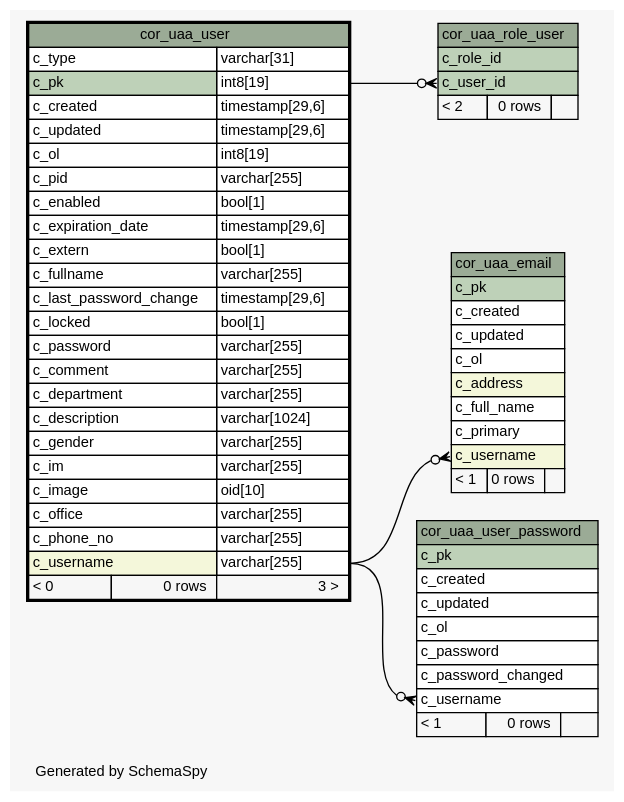
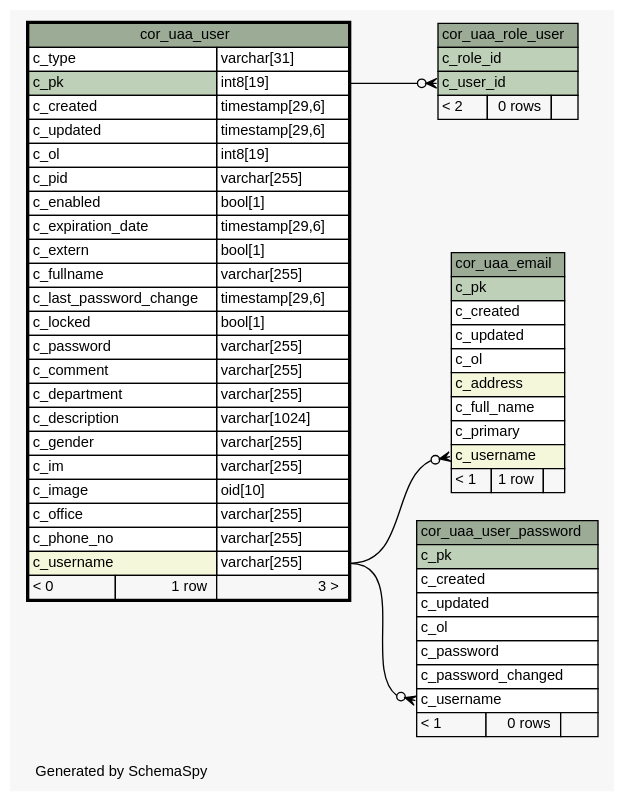
Before and after one commit to openwms/org.openwms.core.uaa: the diagram in 1.1.0-SNAPSHOT/schemaspy/diagrams/cor_uaa_user.1degree.dot, drawn with Graphviz. The commit also changed 240 other files, not shown here.

```diff
--- a/1.1.0-SNAPSHOT/schemaspy/diagrams/cor_uaa_user.1degree.dot
+++ b/1.1.0-SNAPSHOT/schemaspy/diagrams/cor_uaa_user.1degree.dot
@@ -1,100 +1,100 @@
-// dot 2.43.0 on Linux 5.4.0-1039-azure
+// dot 2.43.0 on Linux 5.4.0-1043-azure
 // SchemaSpy rev Unknown
 digraph "oneDegreeRelationshipsDiagram" {
   graph [
     rankdir="RL"
     bgcolor="#f7f7f7"
     label="\nGenerated by SchemaSpy"
     labeljust="l"
     nodesep="0.18"
     ranksep="0.46"
     fontname="Helvetica"
     fontsize="11"
   ];
   node [
     fontname="Helvetica"
     fontsize="11"
     shape="plaintext"
   ];
   edge [
     arrowsize="0.8"
   ];
   "cor_uaa_email":"c_username":w -> "cor_uaa_user":"c_username.type":e [arrowhead=none dir=back arrowtail=crowodot];
   "cor_uaa_role_user":"c_user_id":w -> "cor_uaa_user":"c_pk.type":e [arrowhead=none dir=back arrowtail=crowodot];
   "cor_uaa_user_password":"c_username":w -> "cor_uaa_user":"c_username.type":e [arrowhead=none dir=back arrowtail=crowodot];
   "cor_uaa_email" [
     label=<
     <TABLE BORDER="0" CELLBORDER="1" CELLSPACING="0" BGCOLOR="#ffffff">
       <TR><TD COLSPAN="3" BGCOLOR="#9bab96" ALIGN="CENTER">cor_uaa_email</TD></TR>
       <TR><TD PORT="c_pk" COLSPAN="3" BGCOLOR="#bed1b8" ALIGN="LEFT">c_pk</TD></TR>
       <TR><TD PORT="c_created" COLSPAN="3" ALIGN="LEFT">c_created</TD></TR>
       <TR><TD PORT="c_updated" COLSPAN="3" ALIGN="LEFT">c_updated</TD></TR>
       <TR><TD PORT="c_ol" COLSPAN="3" ALIGN="LEFT">c_ol</TD></TR>
       <TR><TD PORT="c_address" COLSPAN="3" BGCOLOR="#f4f7da" ALIGN="LEFT">c_address</TD></TR>
       <TR><TD PORT="c_full_name" COLSPAN="3" ALIGN="LEFT">c_full_name</TD></TR>
       <TR><TD PORT="c_primary" COLSPAN="3" ALIGN="LEFT">c_primary</TD></TR>
       <TR><TD PORT="c_username" COLSPAN="3" BGCOLOR="#f4f7da" ALIGN="LEFT">c_username</TD></TR>
-      <TR><TD ALIGN="LEFT" BGCOLOR="#f7f7f7">&lt; 1</TD><TD ALIGN="RIGHT" BGCOLOR="#f7f7f7">0 rows</TD><TD ALIGN="RIGHT" BGCOLOR="#f7f7f7">  </TD></TR>
+      <TR><TD ALIGN="LEFT" BGCOLOR="#f7f7f7">&lt; 1</TD><TD ALIGN="RIGHT" BGCOLOR="#f7f7f7">1 row</TD><TD ALIGN="RIGHT" BGCOLOR="#f7f7f7">  </TD></TR>
     </TABLE>>
     URL="cor_uaa_email.html"
     tooltip="cor_uaa_email"
   ];
   "cor_uaa_role_user" [
     label=<
     <TABLE BORDER="0" CELLBORDER="1" CELLSPACING="0" BGCOLOR="#ffffff">
       <TR><TD COLSPAN="3" BGCOLOR="#9bab96" ALIGN="CENTER">cor_uaa_role_user</TD></TR>
       <TR><TD PORT="c_role_id" COLSPAN="3" BGCOLOR="#bed1b8" ALIGN="LEFT">c_role_id</TD></TR>
       <TR><TD PORT="c_user_id" COLSPAN="3" BGCOLOR="#bed1b8" ALIGN="LEFT">c_user_id</TD></TR>
       <TR><TD ALIGN="LEFT" BGCOLOR="#f7f7f7">&lt; 2</TD><TD ALIGN="RIGHT" BGCOLOR="#f7f7f7">0 rows</TD><TD ALIGN="RIGHT" BGCOLOR="#f7f7f7">  </TD></TR>
     </TABLE>>
     URL="cor_uaa_role_user.html"
     tooltip="cor_uaa_role_user"
   ];
   "cor_uaa_user" [
     label=<
     <TABLE BORDER="2" CELLBORDER="1" CELLSPACING="0" BGCOLOR="#ffffff">
       <TR><TD COLSPAN="3" BGCOLOR="#9bab96" ALIGN="CENTER">cor_uaa_user</TD></TR>
       <TR><TD PORT="c_type" COLSPAN="2" ALIGN="LEFT">c_type</TD><TD PORT="c_type.type" ALIGN="LEFT">varchar[31]</TD></TR>
       <TR><TD PORT="c_pk" COLSPAN="2" BGCOLOR="#bed1b8" ALIGN="LEFT">c_pk</TD><TD PORT="c_pk.type" ALIGN="LEFT">int8[19]</TD></TR>
       <TR><TD PORT="c_created" COLSPAN="2" ALIGN="LEFT">c_created</TD><TD PORT="c_created.type" ALIGN="LEFT">timestamp[29,6]</TD></TR>
       <TR><TD PORT="c_updated" COLSPAN="2" ALIGN="LEFT">c_updated</TD><TD PORT="c_updated.type" ALIGN="LEFT">timestamp[29,6]</TD></TR>
       <TR><TD PORT="c_ol" COLSPAN="2" ALIGN="LEFT">c_ol</TD><TD PORT="c_ol.type" ALIGN="LEFT">int8[19]</TD></TR>
       <TR><TD PORT="c_pid" COLSPAN="2" ALIGN="LEFT">c_pid</TD><TD PORT="c_pid.type" ALIGN="LEFT">varchar[255]</TD></TR>
       <TR><TD PORT="c_enabled" COLSPAN="2" ALIGN="LEFT">c_enabled</TD><TD PORT="c_enabled.type" ALIGN="LEFT">bool[1]</TD></TR>
       <TR><TD PORT="c_expiration_date" COLSPAN="2" ALIGN="LEFT">c_expiration_date</TD><TD PORT="c_expiration_date.type" ALIGN="LEFT">timestamp[29,6]</TD></TR>
       <TR><TD PORT="c_extern" COLSPAN="2" ALIGN="LEFT">c_extern</TD><TD PORT="c_extern.type" ALIGN="LEFT">bool[1]</TD></TR>
       <TR><TD PORT="c_fullname" COLSPAN="2" ALIGN="LEFT">c_fullname</TD><TD PORT="c_fullname.type" ALIGN="LEFT">varchar[255]</TD></TR>
       <TR><TD PORT="c_last_password_change" COLSPAN="2" ALIGN="LEFT">c_last_password_change</TD><TD PORT="c_last_password_change.type" ALIGN="LEFT">timestamp[29,6]</TD></TR>
       <TR><TD PORT="c_locked" COLSPAN="2" ALIGN="LEFT">c_locked</TD><TD PORT="c_locked.type" ALIGN="LEFT">bool[1]</TD></TR>
       <TR><TD PORT="c_password" COLSPAN="2" ALIGN="LEFT">c_password</TD><TD PORT="c_password.type" ALIGN="LEFT">varchar[255]</TD></TR>
       <TR><TD PORT="c_comment" COLSPAN="2" ALIGN="LEFT">c_comment</TD><TD PORT="c_comment.type" ALIGN="LEFT">varchar[255]</TD></TR>
       <TR><TD PORT="c_department" COLSPAN="2" ALIGN="LEFT">c_department</TD><TD PORT="c_department.type" ALIGN="LEFT">varchar[255]</TD></TR>
       <TR><TD PORT="c_description" COLSPAN="2" ALIGN="LEFT">c_description</TD><TD PORT="c_description.type" ALIGN="LEFT">varchar[1024]</TD></TR>
       <TR><TD PORT="c_gender" COLSPAN="2" ALIGN="LEFT">c_gender</TD><TD PORT="c_gender.type" ALIGN="LEFT">varchar[255]</TD></TR>
       <TR><TD PORT="c_im" COLSPAN="2" ALIGN="LEFT">c_im</TD><TD PORT="c_im.type" ALIGN="LEFT">varchar[255]</TD></TR>
       <TR><TD PORT="c_image" COLSPAN="2" ALIGN="LEFT">c_image</TD><TD PORT="c_image.type" ALIGN="LEFT">oid[10]</TD></TR>
       <TR><TD PORT="c_office" COLSPAN="2" ALIGN="LEFT">c_office</TD><TD PORT="c_office.type" ALIGN="LEFT">varchar[255]</TD></TR>
       <TR><TD PORT="c_phone_no" COLSPAN="2" ALIGN="LEFT">c_phone_no</TD><TD PORT="c_phone_no.type" ALIGN="LEFT">varchar[255]</TD></TR>
       <TR><TD PORT="c_username" COLSPAN="2" BGCOLOR="#f4f7da" ALIGN="LEFT">c_username</TD><TD PORT="c_username.type" ALIGN="LEFT">varchar[255]</TD></TR>
-      <TR><TD ALIGN="LEFT" BGCOLOR="#f7f7f7">&lt; 0</TD><TD ALIGN="RIGHT" BGCOLOR="#f7f7f7">0 rows</TD><TD ALIGN="RIGHT" BGCOLOR="#f7f7f7">3 &gt;</TD></TR>
+      <TR><TD ALIGN="LEFT" BGCOLOR="#f7f7f7">&lt; 0</TD><TD ALIGN="RIGHT" BGCOLOR="#f7f7f7">1 row</TD><TD ALIGN="RIGHT" BGCOLOR="#f7f7f7">3 &gt;</TD></TR>
     </TABLE>>
     URL="cor_uaa_user.html"
     tooltip="cor_uaa_user"
   ];
   "cor_uaa_user_password" [
     label=<
     <TABLE BORDER="0" CELLBORDER="1" CELLSPACING="0" BGCOLOR="#ffffff">
       <TR><TD COLSPAN="3" BGCOLOR="#9bab96" ALIGN="CENTER">cor_uaa_user_password</TD></TR>
       <TR><TD PORT="c_pk" COLSPAN="3" BGCOLOR="#bed1b8" ALIGN="LEFT">c_pk</TD></TR>
       <TR><TD PORT="c_created" COLSPAN="3" ALIGN="LEFT">c_created</TD></TR>
       <TR><TD PORT="c_updated" COLSPAN="3" ALIGN="LEFT">c_updated</TD></TR>
       <TR><TD PORT="c_ol" COLSPAN="3" ALIGN="LEFT">c_ol</TD></TR>
       <TR><TD PORT="c_password" COLSPAN="3" ALIGN="LEFT">c_password</TD></TR>
       <TR><TD PORT="c_password_changed" COLSPAN="3" ALIGN="LEFT">c_password_changed</TD></TR>
       <TR><TD PORT="c_username" COLSPAN="3" ALIGN="LEFT">c_username</TD></TR>
       <TR><TD ALIGN="LEFT" BGCOLOR="#f7f7f7">&lt; 1</TD><TD ALIGN="RIGHT" BGCOLOR="#f7f7f7">0 rows</TD><TD ALIGN="RIGHT" BGCOLOR="#f7f7f7">  </TD></TR>
     </TABLE>>
     URL="cor_uaa_user_password.html"
     tooltip="cor_uaa_user_password"
   ];
 }
```
